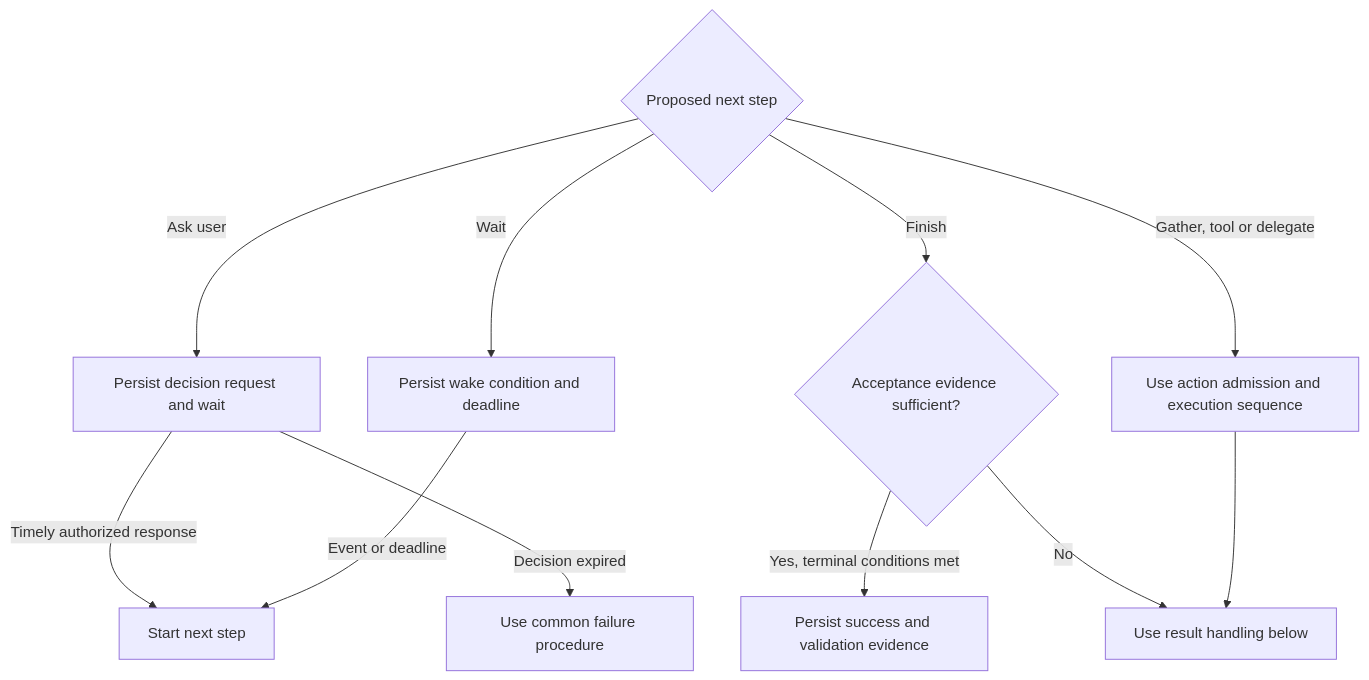
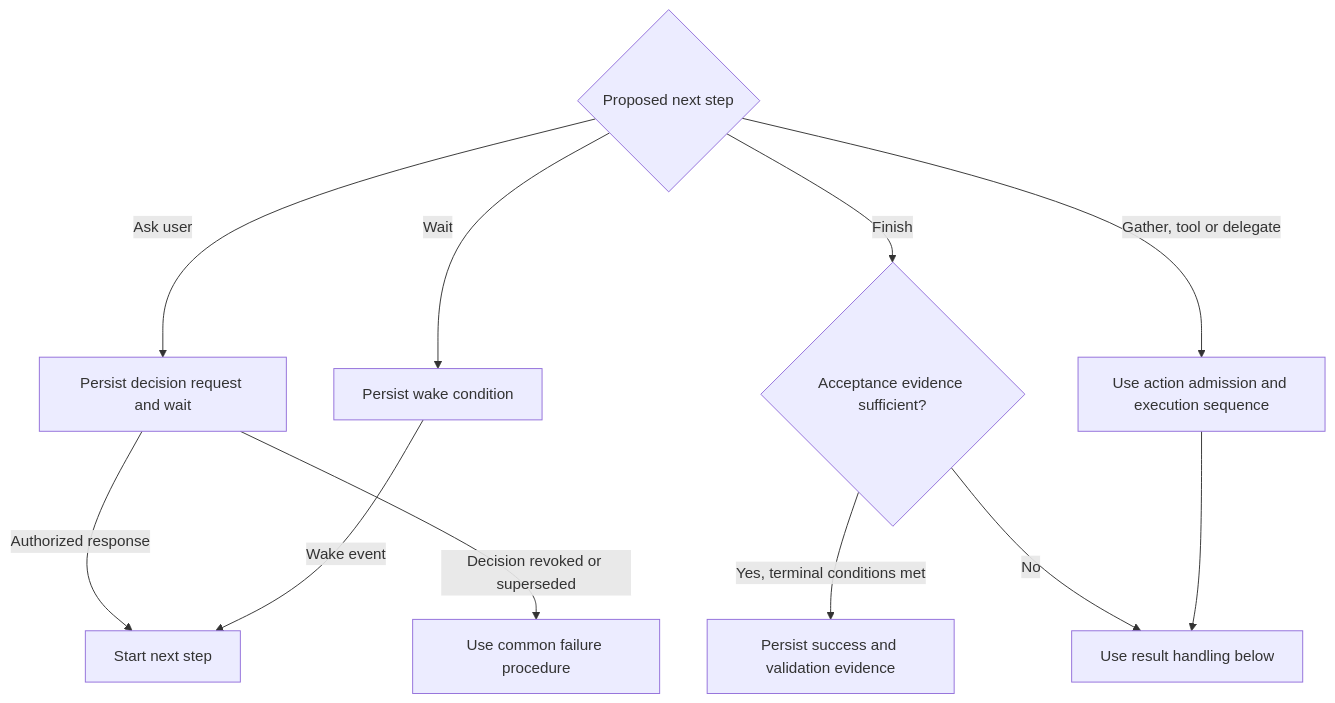
One commit to pidster/asura changed the sixth of 13 diagrams in docs/designs/core-harness-brief.md. Above: the diagram before and after it, drawn with Mermaid. The commit also changed other lines of this file and 80 other files, not shown here.

````diff
--- a/docs/designs/core-harness-brief.md
+++ b/docs/designs/core-harness-brief.md
@@ -259,14 +272,14 @@
 ```mermaid
 flowchart TD
     Kind{"Proposed next step"}
     Kind -->|Ask user| User["Persist decision request and wait"]
-    User -->|Timely authorized response| Next["Start next step"]
-    User -->|Decision expired| Stop["Use common failure procedure"]
+    User -->|Authorized response| Next["Start next step"]
+    User -->|"Decision revoked or superseded"| Stop["Use common failure procedure"]
     Kind -->|Finish| Verify{"Acceptance evidence sufficient?"}
     Verify -->|Yes, terminal conditions met| Success["Persist success and validation evidence"]
     Verify -->|No| Result["Use result handling below"]
     Kind -->|Gather, tool or delegate| Action["Use action admission and execution sequence"]
     Action --> Result
-    Kind -->|Wait| Wait["Persist wake condition and deadline"]
-    Wait -->|Event or deadline| Next
+    Kind -->|Wait| Wait["Persist wake condition"]
+    Wait -->|Wake event| Next
 ```
````
